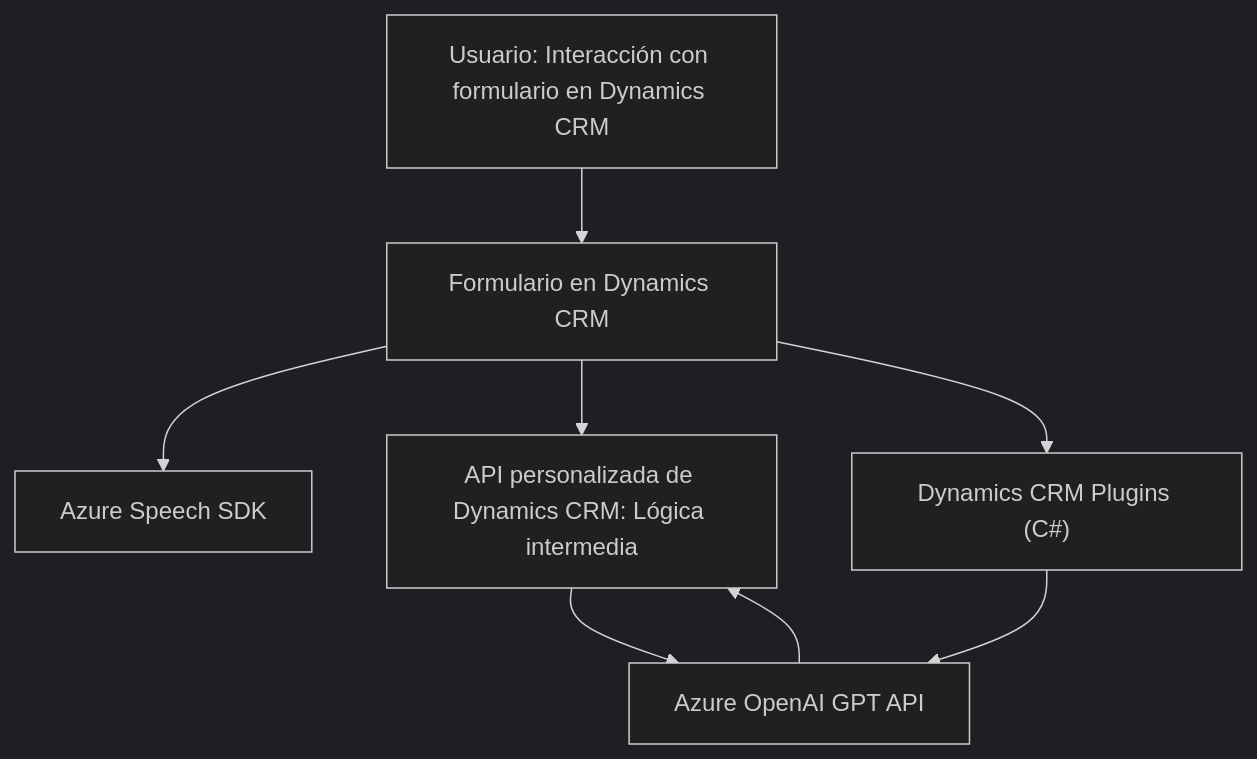
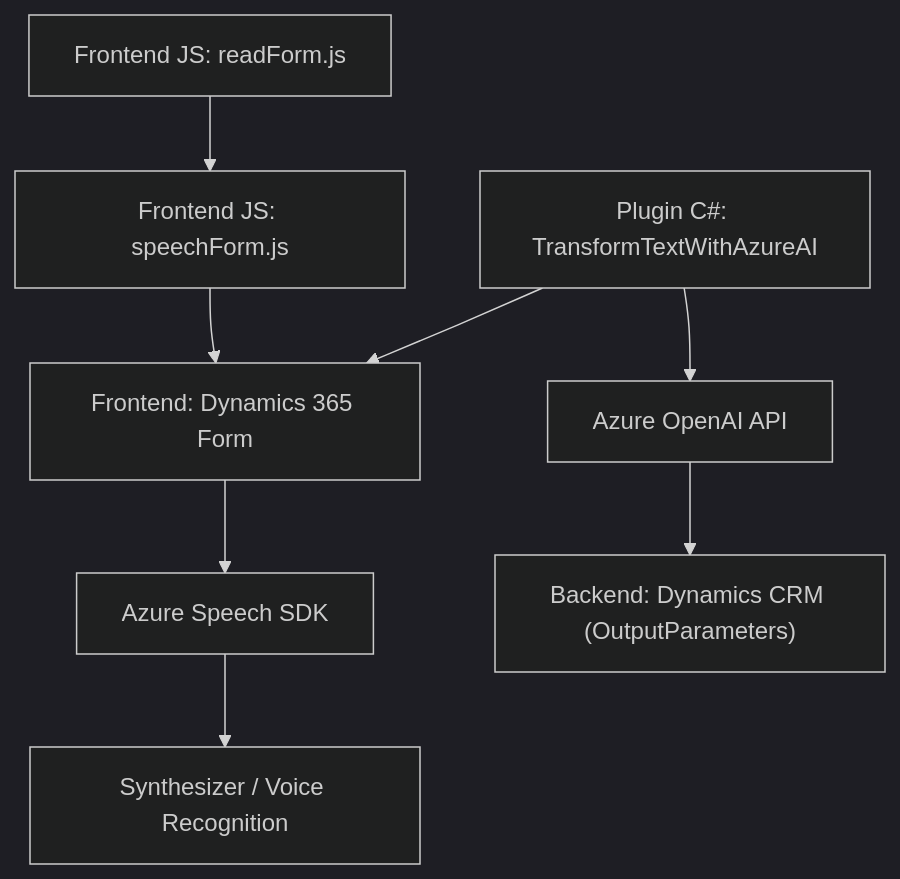
Before and after one commit to blopezdm/NETCORE_BILBAO2025: the diagram in README.md, drawn with Mermaid (dark theme). The commit also changed other lines of this file, not shown here.

Commit message:
Actualizar análisis global de la solución con IA

````diff
--- a/README.md
+++ b/README.md
@@ -78,17 +54,11 @@
 ```mermaid
 graph TD
-    A["Usuario: Interacción con formulario en Dynamics CRM"]
-    B["Azure Speech SDK"]
-    C["API personalizada de Dynamics CRM: Lógica intermedia"]
-    D["Azure OpenAI GPT API"]
-    E["Dynamics CRM Plugins (C#)"]
-    F["Formulario en Dynamics CRM"]
+    A["Frontend JS: readForm.js"] --> B["Frontend JS: speechForm.js"]
+    B --> C["Frontend: Dynamics 365 Form"]
+    C --> D["Azure Speech SDK"]
+    D --> E["Synthesizer / Voice Recognition"]
 
-    A --> F
-    F --> B
-    F --> C
-    C --> D
-    D --> C
-    E --> D
-    F --> E
+    F["Plugin C#: TransformTextWithAzureAI"] --> C
+    F --> G["Azure OpenAI API"]
+    G --> H["Backend: Dynamics CRM (OutputParameters)"]
 ```
````
